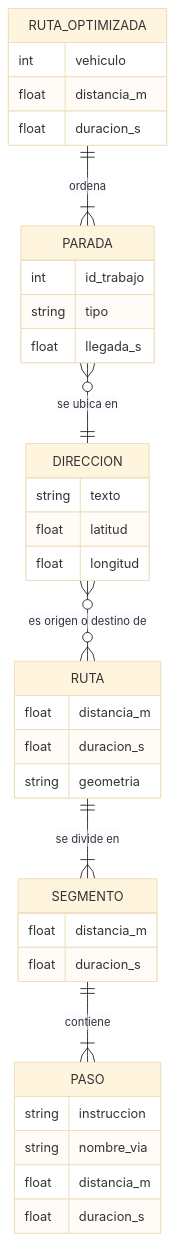
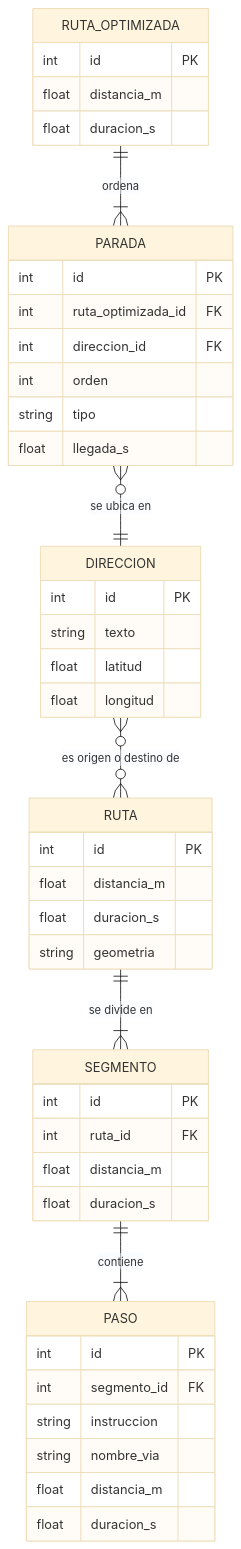
One commit to miguel-montalvo1991/android-design-rutalista changed the first of 2 diagrams in README.md. Above: the diagram before and after it, drawn with Mermaid (base theme). The commit also changed other lines of this file, not shown here.

````diff
--- a/README.md
+++ b/README.md
@@ -89,39 +79,48 @@
 ```mermaid
 erDiagram
+    DIRECCION }o--o{ RUTA : "es origen o destino de"
+    RUTA ||--|{ SEGMENTO : "se divide en"
+    SEGMENTO ||--|{ PASO : "contiene"
+    RUTA_OPTIMIZADA ||--|{ PARADA : "ordena"
+    PARADA }o--|| DIRECCION : "se ubica en"
+
     DIRECCION {
+        int id PK
         string texto
         float latitud
         float longitud
     }
     RUTA {
+        int id PK
         float distancia_m
         float duracion_s
         string geometria
     }
     SEGMENTO {
+        int id PK
+        int ruta_id FK
         float distancia_m
         float duracion_s
     }
     PASO {
+        int id PK
+        int segmento_id FK
         string instruccion
         string nombre_via
         float distancia_m
         float duracion_s
     }
     RUTA_OPTIMIZADA {
-        int vehiculo
+        int id PK
         float distancia_m
         float duracion_s
     }
     PARADA {
-        int id_trabajo
+        int id PK
+        int ruta_optimizada_id FK
+        int direccion_id FK
+        int orden
         string tipo
         float llegada_s
     }
-
-    DIRECCION }o--o{ RUTA : "es origen o destino de"
-    RUTA ||--|{ SEGMENTO : "se divide en"
-    SEGMENTO ||--|{ PASO : "contiene"
-    RUTA_OPTIMIZADA ||--|{ PARADA : "ordena"
-    PARADA }o--|| DIRECCION : "se ubica en"
 ```
````
